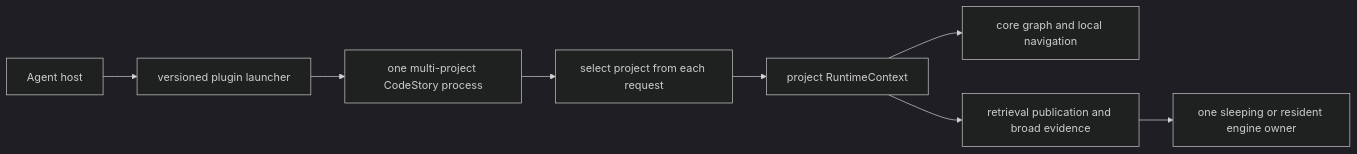
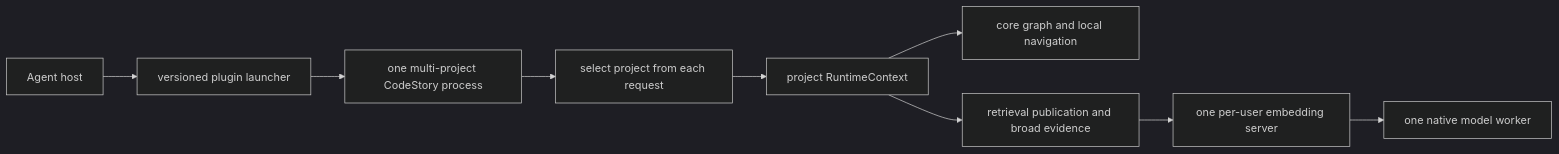
The first of 3 diagrams in docs/architecture/overview.md (TheGreenCedar/CodeStory), drawn with Mermaid (dark theme) before and after one commit. The commit also changed other lines of this file and 88 other files, not shown here.

First line of the commit message:
[codex] run one per-user embedding server across CodeStory processes (#1235)

````diff
--- a/docs/architecture/overview.md
+++ b/docs/architecture/overview.md
@@ -11,10 +12,11 @@
 ```mermaid
 flowchart LR
     Host["Agent host"] --> Launcher["versioned plugin launcher"]
     Launcher --> Stdio["one multi-project CodeStory process"]
     Stdio --> Select["select project from each request"]
     Select --> Runtime["project RuntimeContext"]
     Runtime --> Graph["core graph and local navigation"]
     Runtime --> Retrieval["retrieval publication and broad evidence"]
-    Retrieval --> Engine["one sleeping or resident engine owner"]
+    Retrieval --> Server["one per-user embedding server"]
+    Server --> Engine["one native model worker"]
 ```
````
